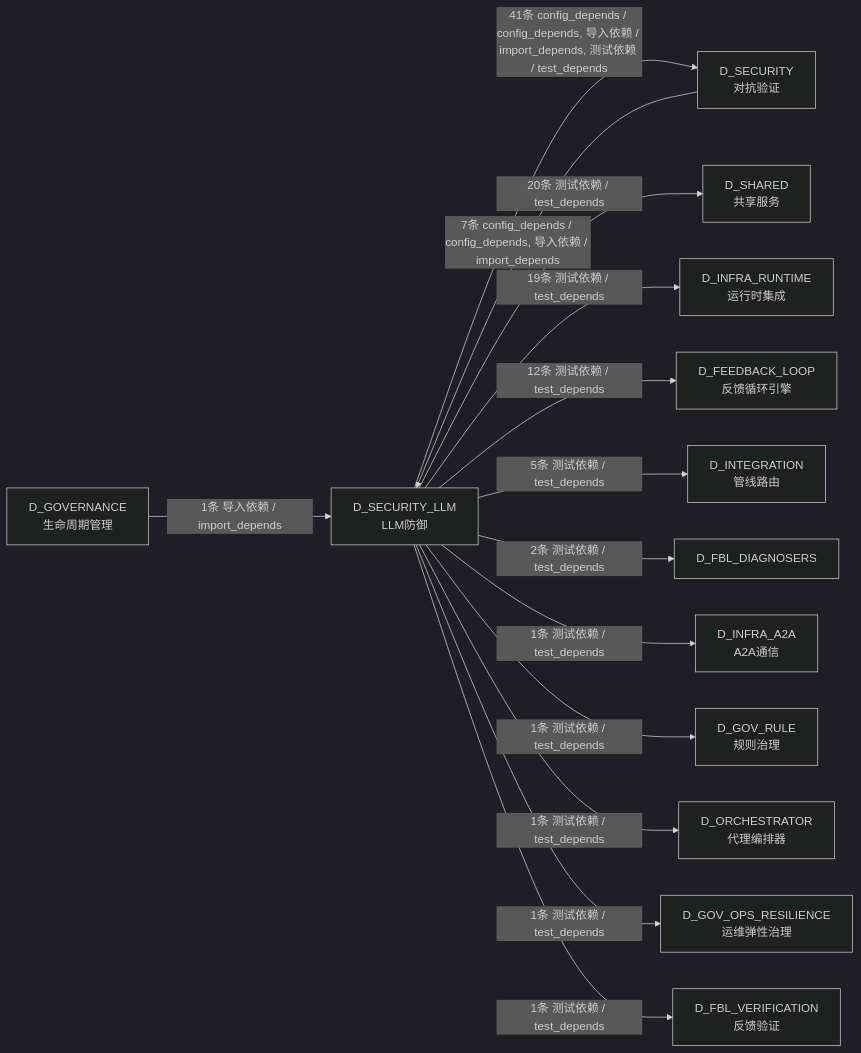
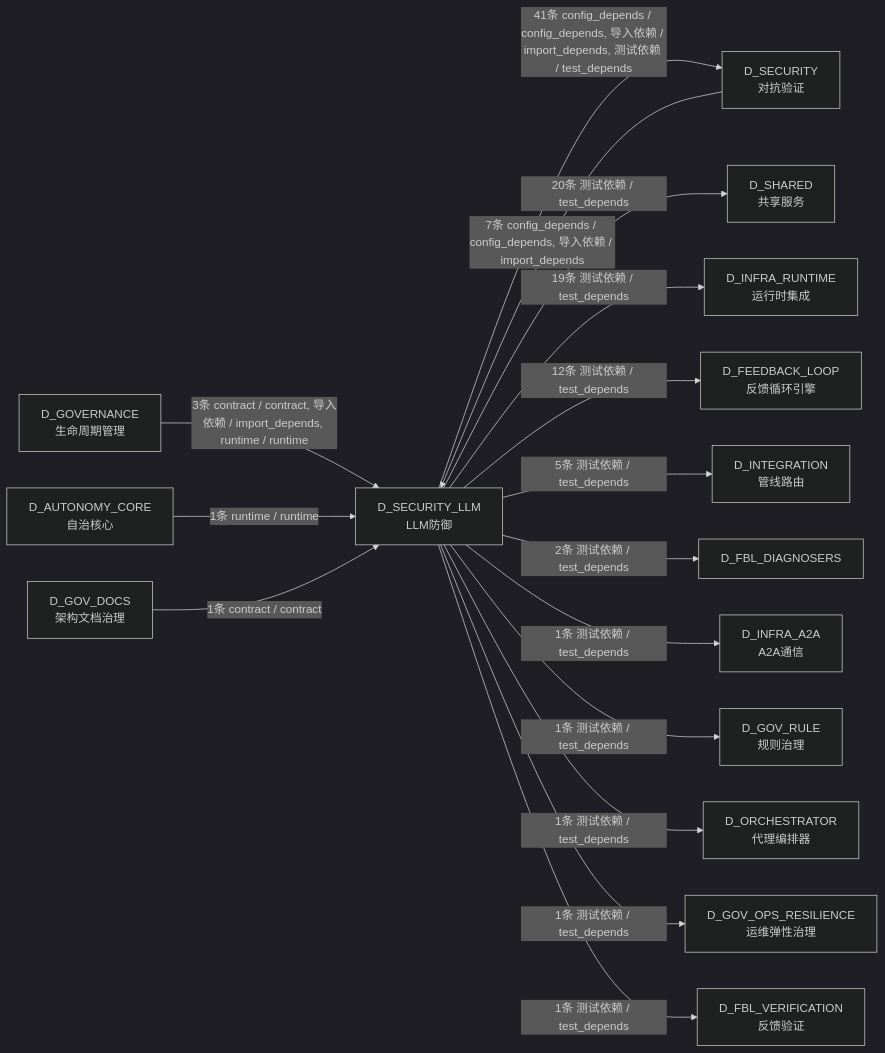
Before and after one commit to xuanFelixVan/ZephyrAlpha: the sixth of 6 diagrams in docs/02_enterprise_architecture/02_domain_architecture_docs/25_d_security_llm.md, drawn with Mermaid (dark theme). The commit also changed other lines of this file and 98 other files, not shown here.

````diff
--- a/docs/02_enterprise_architecture/02_domain_architecture_docs/25_d_security_llm.md
+++ b/docs/02_enterprise_architecture/02_domain_architecture_docs/25_d_security_llm.md
@@ -554,29 +570,33 @@
 ```mermaid
 graph LR
     D_SECURITY_LLM["D_SECURITY_LLM<br/>LLM防御"]
     D_SECURITY["D_SECURITY<br/>对抗验证"]
     D_SHARED["D_SHARED<br/>共享服务"]
     D_INFRA_RUNTIME["D_INFRA_RUNTIME<br/>运行时集成"]
     D_FEEDBACK_LOOP["D_FEEDBACK_LOOP<br/>反馈循环引擎"]
     D_INTEGRATION["D_INTEGRATION<br/>管线路由"]
     D_FBL_DIAGNOSERS["D_FBL_DIAGNOSERS"]
     D_INFRA_A2A["D_INFRA_A2A<br/>A2A通信"]
     D_GOV_RULE["D_GOV_RULE<br/>规则治理"]
     D_ORCHESTRATOR["D_ORCHESTRATOR<br/>代理编排器"]
     D_GOV_OPS_RESILIENCE["D_GOV_OPS_RESILIENCE<br/>运维弹性治理"]
     D_FBL_VERIFICATION["D_FBL_VERIFICATION<br/>反馈验证"]
     D_GOVERNANCE["D_GOVERNANCE<br/>生命周期管理"]
+    D_AUTONOMY_CORE["D_AUTONOMY_CORE<br/>自治核心"]
+    D_GOV_DOCS["D_GOV_DOCS<br/>架构文档治理"]
     D_SECURITY_LLM -->|41条 config_depends / config_depends, 导入依赖 / import_depends, 测试依赖 / test_depends| D_SECURITY
     D_SECURITY_LLM -->|20条 测试依赖 / test_depends| D_SHARED
     D_SECURITY_LLM -->|19条 测试依赖 / test_depends| D_INFRA_RUNTIME
     D_SECURITY_LLM -->|12条 测试依赖 / test_depends| D_FEEDBACK_LOOP
     D_SECURITY_LLM -->|5条 测试依赖 / test_depends| D_INTEGRATION
     D_SECURITY_LLM -->|2条 测试依赖 / test_depends| D_FBL_DIAGNOSERS
     D_SECURITY_LLM -->|1条 测试依赖 / test_depends| D_INFRA_A2A
     D_SECURITY_LLM -->|1条 测试依赖 / test_depends| D_GOV_RULE
     D_SECURITY_LLM -->|1条 测试依赖 / test_depends| D_ORCHESTRATOR
     D_SECURITY_LLM -->|1条 测试依赖 / test_depends| D_GOV_OPS_RESILIENCE
     D_SECURITY_LLM -->|1条 测试依赖 / test_depends| D_FBL_VERIFICATION
     D_SECURITY -->|7条 config_depends / config_depends, 导入依赖 / import_depends| D_SECURITY_LLM
-    D_GOVERNANCE -->|1条 导入依赖 / import_depends| D_SECURITY_LLM
+    D_GOVERNANCE -->|3条 contract / contract, 导入依赖 / import_depends, runtime / runtime| D_SECURITY_LLM
+    D_AUTONOMY_CORE -->|1条 runtime / runtime| D_SECURITY_LLM
+    D_GOV_DOCS -->|1条 contract / contract| D_SECURITY_LLM
 ```
````
